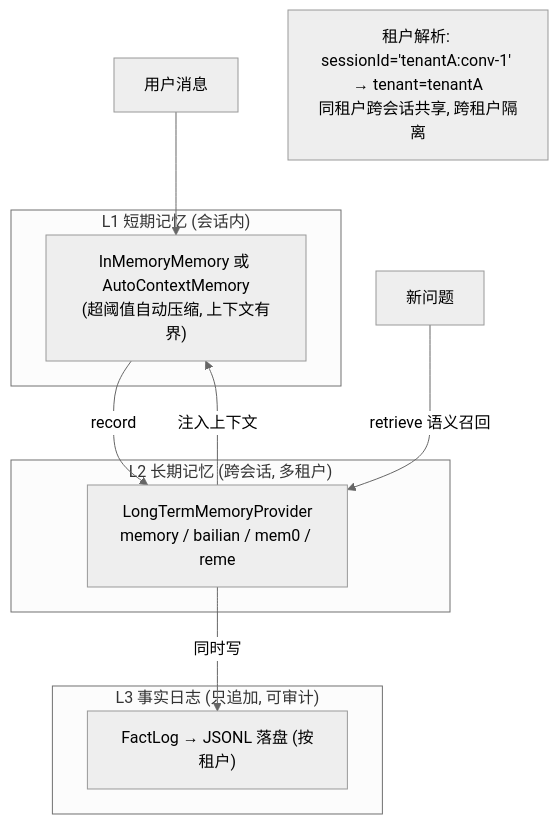
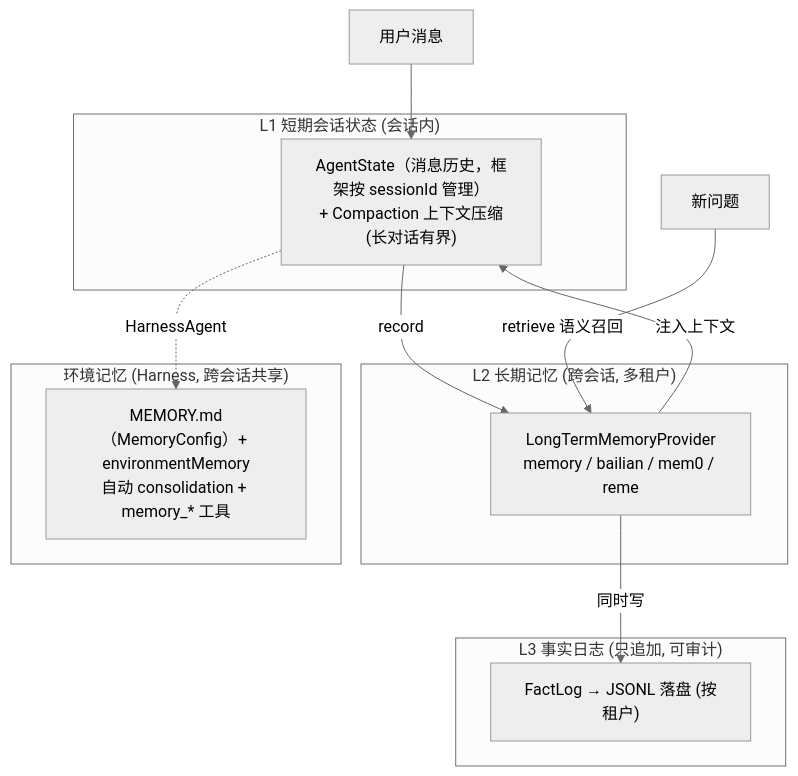
Diagram 16 of 26 in docs/详细技术文档.md (liulangjietou/customer_work), drawn with Mermaid (neutral theme) before and after one commit. The commit also changed other lines of this file, not shown here.

First line of the commit message:
docs: 详细技术文档整篇重写为 AgentScope 2.0 版

````diff
--- a/docs/详细技术文档.md
+++ b/docs/详细技术文档.md
@@ -550,18 +555,21 @@
 ```mermaid
 flowchart TB
-    subgraph L1["L1 短期记忆 (会话内)"]
-        A["InMemoryMemory 或 AutoContextMemory<br/>(超阈值自动压缩, 上下文有界)"]
+    subgraph L1["L1 短期会话状态 (会话内)"]
+        A["AgentState（消息历史，框架按 sessionId 管理）<br/>+ Compaction 上下文压缩(长对话有界)"]
     end
     subgraph L2["L2 长期记忆 (跨会话, 多租户)"]
         B["LongTermMemoryProvider<br/>memory / bailian / mem0 / reme"]
     end
     subgraph L3["L3 事实日志 (只追加, 可审计)"]
         C["FactLog → JSONL 落盘 (按租户)"]
     end
+    subgraph ENV["环境记忆 (Harness, 跨会话共享)"]
+        E["MEMORY.md（MemoryConfig）+ environmentMemory<br/>自动 consolidation + memory_* 工具"]
+    end
     U[用户消息] --> A
     A -->|record| B
     B -->|同时写| C
     Q[新问题] -->|retrieve 语义召回| B
     B -->|注入上下文| A
-    note1["租户解析: sessionId='tenantA:conv-1' → tenant=tenantA<br/>同租户跨会话共享, 跨租户隔离"]
+    A -. HarnessAgent .-> E
 ```
````
